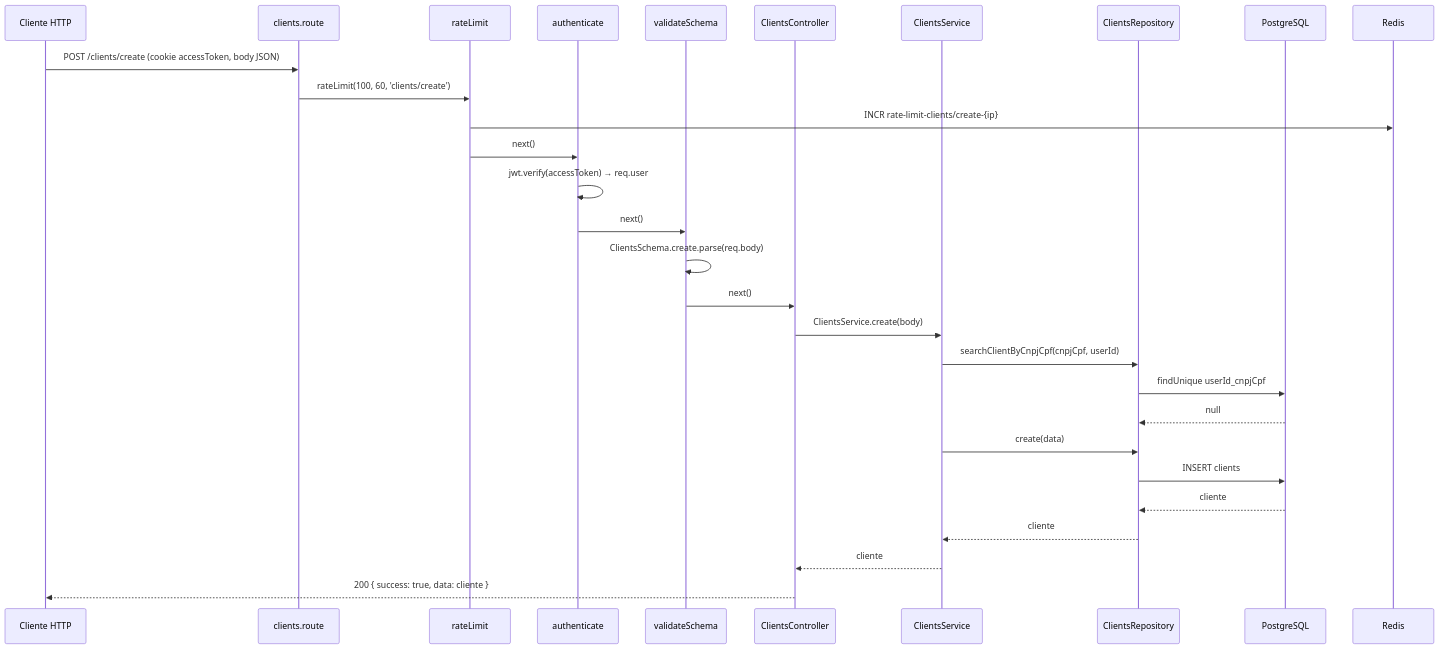
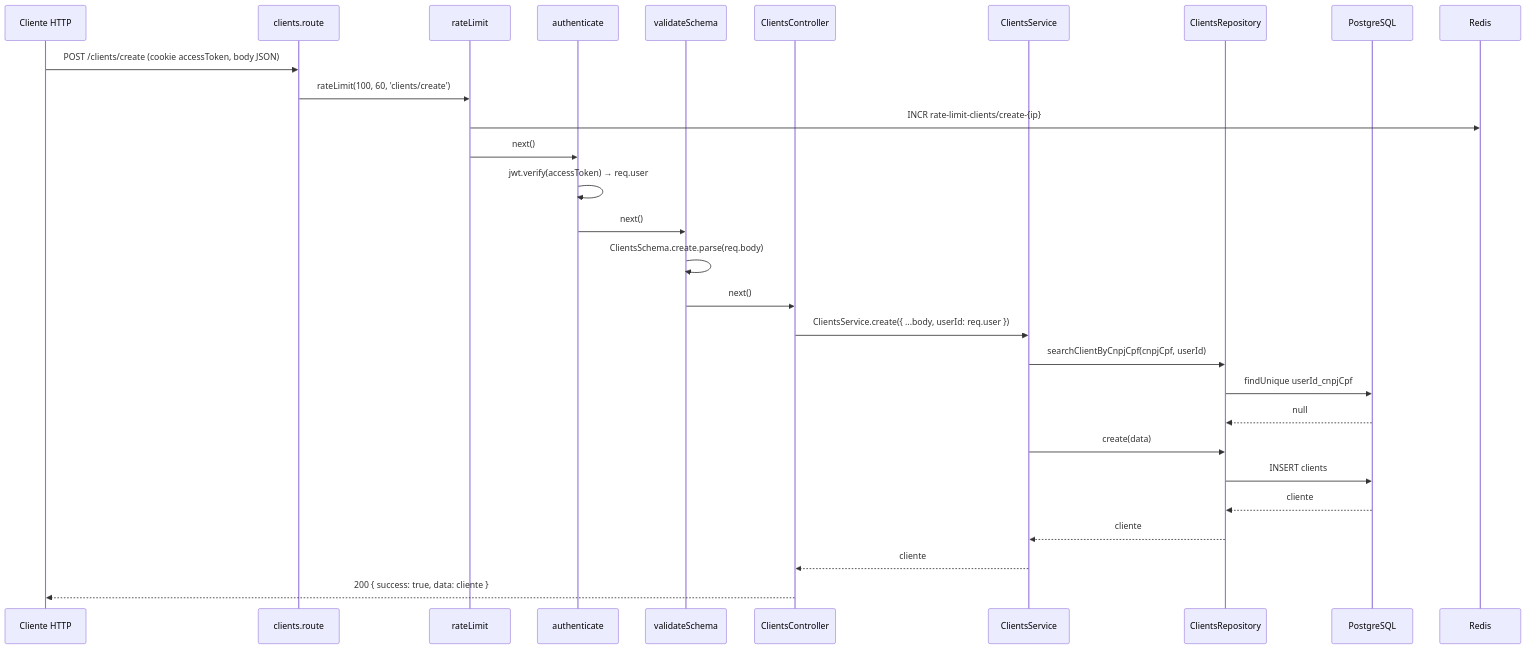
Before and after one commit to emanuelfontoura/orcafacil-api: the second of 5 diagrams in docs/architecture/request-lifecycle.md, drawn with Mermaid. The commit also changed other lines of this file and 27 other files, not shown here.

````diff
--- a/docs/architecture/request-lifecycle.md
+++ b/docs/architecture/request-lifecycle.md
@@ -179,32 +179,32 @@
 ```mermaid
 sequenceDiagram
     participant C as Cliente HTTP
     participant R as clients.route
     participant RL as rateLimit
     participant AU as authenticate
     participant V as validateSchema
     participant CT as ClientsController
     participant S as ClientsService
     participant RP as ClientsRepository
     participant DB as PostgreSQL
     participant RD as Redis
 
     C->>R: POST /clients/create (cookie accessToken, body JSON)
     R->>RL: rateLimit(100, 60, 'clients/create')
     RL->>RD: INCR rate-limit-clients/create-{ip}
     RL->>AU: next()
     AU->>AU: jwt.verify(accessToken) → req.user
     AU->>V: next()
     V->>V: ClientsSchema.create.parse(req.body)
     V->>CT: next()
-    CT->>S: ClientsService.create(body)
+    CT->>S: ClientsService.create({ ...body, userId: req.user })
     S->>RP: searchClientByCnpjCpf(cnpjCpf, userId)
     RP->>DB: findUnique userId_cnpjCpf
     DB-->>RP: null
     S->>RP: create(data)
     RP->>DB: INSERT clients
     DB-->>RP: cliente
     RP-->>S: cliente
     S-->>CT: cliente
     CT-->>C: 200 { success: true, data: cliente }
 ```
````
